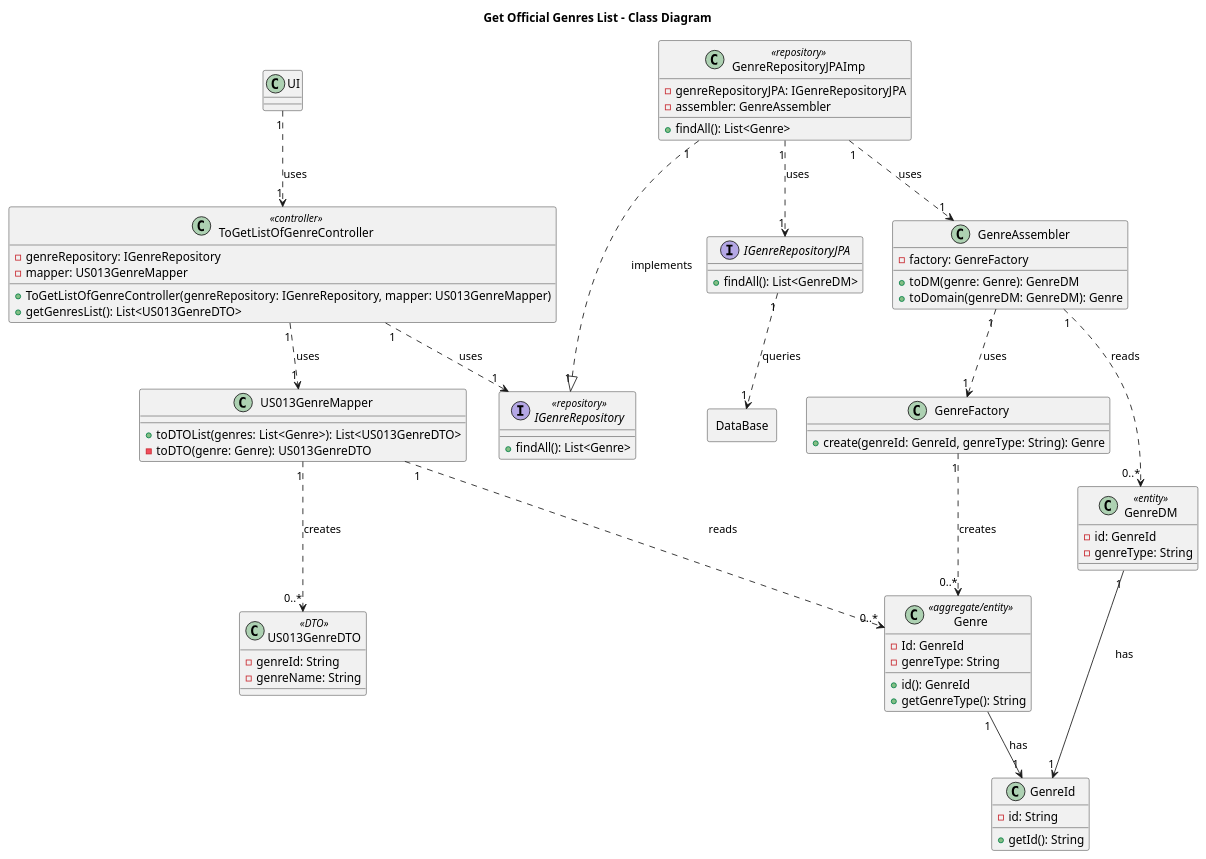
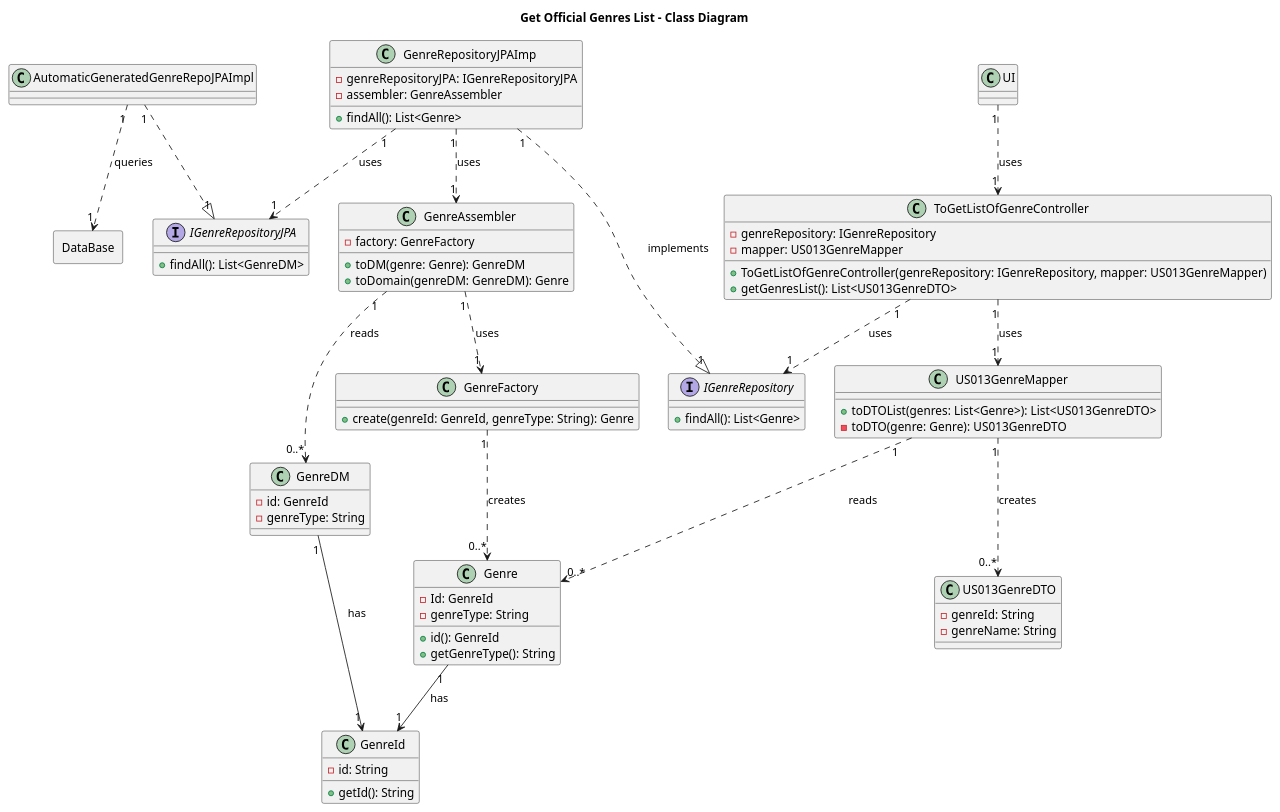
The diagram in Diagrams/ClassDiagrams/To-get-official-genres-list.puml (AndrePereiraGitH/SWitCH-Project-Team_A), drawn with PlantUML before and after one commit.

Commit message:
Docs(#692): add AutomaticGeneratedRepoJPAImpl classes in CD

```diff
--- a/Diagrams/ClassDiagrams/To-get-official-genres-list.puml
+++ b/Diagrams/ClassDiagrams/To-get-official-genres-list.puml
@@ -1,101 +1,104 @@
 @startuml
 title Get Official Genres List - Class Diagram
 top to bottom direction
-class ToGetListOfGenreController << controller >>
-interface IGenreRepository << repository >>
-class GenreRepositoryJPAImp << repository >>
-class GenreDM << entity >>
-class Genre << aggregate/entity >>
-class US013GenreDTO << DTO >>
+class ToGetListOfGenreController
+interface IGenreRepository
+class GenreRepositoryJPAImp
+class GenreDM
+class Genre
+class US013GenreDTO
 ' ── UI Layer ───────────────────────────────────────────────
 class UI {
 }
+
+class AutomaticGeneratedGenreRepoJPAImpl{}
 
 ' ── Application Layer ──────────────────────────────────────
 class ToGetListOfGenreController {
     - genreRepository: IGenreRepository
     - mapper: US013GenreMapper
     + ToGetListOfGenreController(genreRepository: IGenreRepository, mapper: US013GenreMapper)
     + getGenresList(): List<US013GenreDTO>
 }
 
 class US013GenreMapper {
     + toDTOList(genres: List<Genre>): List<US013GenreDTO>
     - toDTO(genre: Genre): US013GenreDTO
 }
 
 class US013GenreDTO {
     - genreId: String
     - genreName: String
 }
 
 ' ── Domain Layer ───────────────────────────────────────────
 interface IGenreRepository {
     + findAll(): List<Genre>
 }
 
 class Genre {
     - Id: GenreId
     - genreType: String
     + id(): GenreId
     + getGenreType(): String
 }
 
 class GenreId {
     - id: String
     + getId(): String
 }
 
 class GenreFactory {
     + create(genreId: GenreId, genreType: String): Genre
 }
 
 ' ── Infrastructure Layer ───────────────────────────────────
 class GenreRepositoryJPAImp {
     - genreRepositoryJPA: IGenreRepositoryJPA
     - assembler: GenreAssembler
     + findAll(): List<Genre>
 }
 
 interface IGenreRepositoryJPA {
     + findAll(): List<GenreDM>
 }
 
 class GenreAssembler {
     - factory: GenreFactory
     + toDM(genre: Genre): GenreDM
     + toDomain(genreDM: GenreDM): Genre
 }
 
 class GenreDM {
     - id: GenreId
     - genreType: String
 }
 
 Rectangle DataBase {
 }
 
 ' ── Relationships ──────────────────────────────────────────
 UI "1" ..> "1" ToGetListOfGenreController : uses
 
 ToGetListOfGenreController "1" ..> "1" IGenreRepository : uses
 ToGetListOfGenreController "1" ..> "1" US013GenreMapper : uses
 
 US013GenreMapper "1" ..> "0..*" Genre : reads
 US013GenreMapper "1" ..> "0..*" US013GenreDTO : creates
 
 GenreRepositoryJPAImp "1" ..|> "1" IGenreRepository : implements
 GenreRepositoryJPAImp "1" ..> "1" IGenreRepositoryJPA : uses
 GenreRepositoryJPAImp "1" ..> "1" GenreAssembler : uses
 
-IGenreRepositoryJPA "1" ..> "1" DataBase : queries
+AutomaticGeneratedGenreRepoJPAImpl "1" ..> "1" DataBase : queries
+AutomaticGeneratedGenreRepoJPAImpl "1" ..|> "1" IGenreRepositoryJPA
 
 GenreAssembler "1" ..> "0..*" GenreDM : reads
 GenreAssembler "1" ..> "1" GenreFactory : uses
 
 GenreFactory "1" ..> "0..*" Genre : creates
 
 Genre "1" --> "1" GenreId : has
 GenreDM "1" --> "1" GenreId : has
 
 @enduml
```
